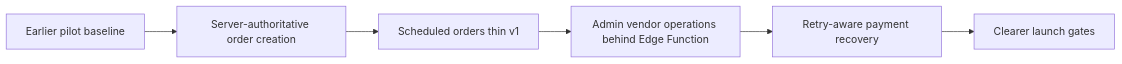
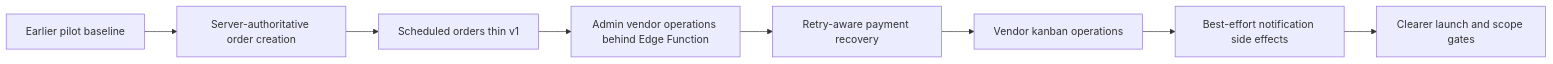
The second of 3 diagrams in docs/phase-5/PHASE_5_MOMENTUM_UPDATE.md (DK-Digital-Designs/skiip), drawn with Mermaid before and after one commit. The commit also changed other lines of this file and 15 other files, not shown here.

````diff
--- a/docs/phase-5/PHASE_5_MOMENTUM_UPDATE.md
+++ b/docs/phase-5/PHASE_5_MOMENTUM_UPDATE.md
@@ -28,8 +30,10 @@
 ```mermaid
 flowchart LR
     A["Earlier pilot baseline"] --> B["Server-authoritative order creation"]
     B --> C["Scheduled orders thin v1"]
     C --> D["Admin vendor operations behind Edge Function"]
     D --> E["Retry-aware payment recovery"]
-    E --> F["Clearer launch gates"]
+    E --> F["Vendor kanban operations"]
+    F --> G["Best-effort notification side effects"]
+    G --> H["Clearer launch and scope gates"]
 ```
````
